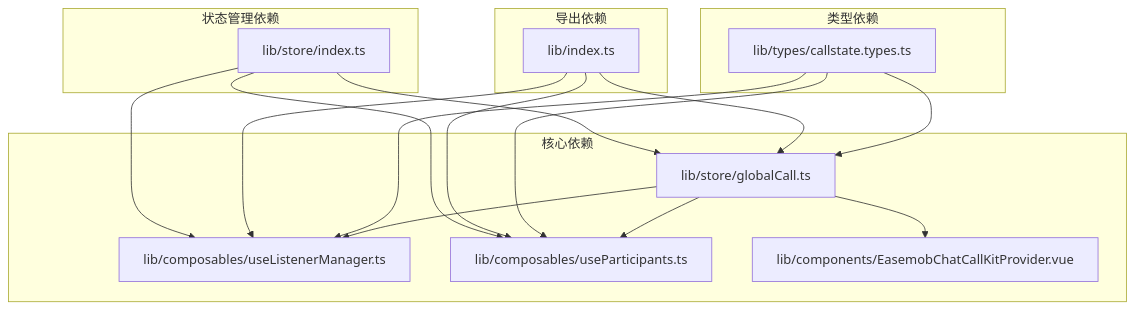
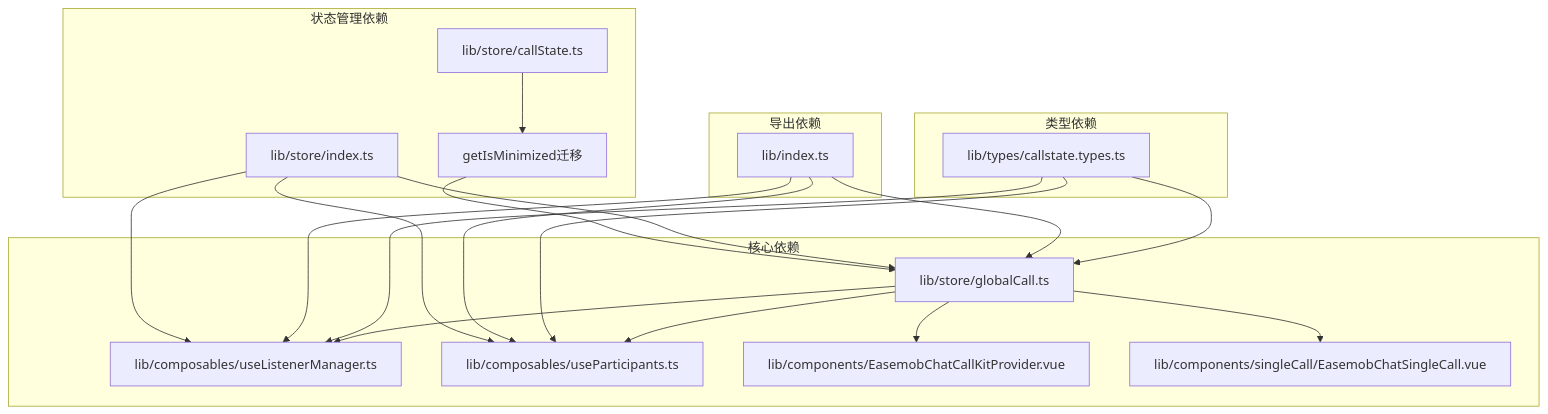
One commit to Easemob-Community/easemob-uikit-callkit-vue3 changed the tenth of 10 diagrams in .qoder/repowiki/zh/content/状态管理/GlobalCallStore 全局通话状态.md. Above: the diagram before and after it, drawn with Mermaid. The commit also changed other lines of this file and 40 other files, not shown here.

````diff
--- a/.qoder/repowiki/zh/content/状态管理/GlobalCallStore 全局通话状态.md
+++ b/.qoder/repowiki/zh/content/状态管理/GlobalCallStore 全局通话状态.md
@@ -329,23 +410,26 @@
 ```mermaid
 graph TB
 subgraph "核心依赖"
 A[lib/store/globalCall.ts] --> B[lib/composables/useListenerManager.ts]
 A --> C[lib/composables/useParticipants.ts]
 A --> D[lib/components/EasemobChatCallKitProvider.vue]
+A --> E[lib/components/singleCall/EasemobChatSingleCall.vue]
 end
 subgraph "类型依赖"
-E[lib/types/callstate.types.ts] --> A
-E --> B
-E --> C
-end
-subgraph "导出依赖"
-F[lib/index.ts] --> A
+F[lib/types/callstate.types.ts] --> A
 F --> B
 F --> C
 end
-subgraph "状态管理依赖"
-G[lib/store/index.ts] --> A
+subgraph "导出依赖"
+G[lib/index.ts] --> A
 G --> B
 G --> C
 end
+subgraph "状态管理依赖"
+H[lib/store/index.ts] --> A
+H --> B
+H --> C
+I[lib/store/callState.ts] --> J[getIsMinimized迁移]
+J --> A
+end
 ```
````
